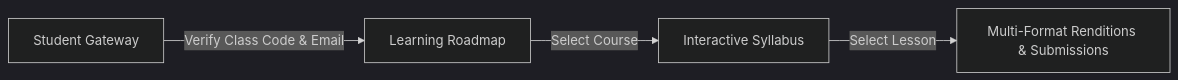
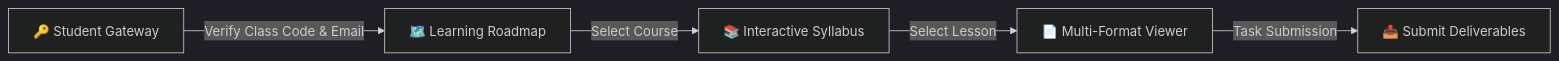
Before and after one commit to HuyVuCV1011/Teaching-os-STE: the first of 2 diagrams in README.md, drawn with Mermaid (dark theme). The commit also changed other lines of this file and 11 other files, not shown here.

Commit message:
feat: secure student session, assignment editor, rubric snapshots, and document viewer

````diff
--- a/README.md
+++ b/README.md
@@ -44,6 +45,7 @@
 ```mermaid
 graph LR
-    Gateway[Student Gateway] -->|Verify Class Code & Email| Dashboard[Learning Roadmap]
-    Dashboard -->|Select Course| Syllabus[Interactive Syllabus]
-    Syllabus -->|Select Lesson| Viewer[Multi-Format Renditions & Submissions]
+    Gateway["🔑 Student Gateway"] -->|Verify Class Code & Email| Dashboard["🗺️ Learning Roadmap"]
+    Dashboard -->|Select Course| Syllabus["📚 Interactive Syllabus"]
+    Syllabus -->|Select Lesson| Viewer["📄 Multi-Format Viewer"]
+    Viewer -->|Task Submission| Action["📤 Submit Deliverables"]
 ```
````
